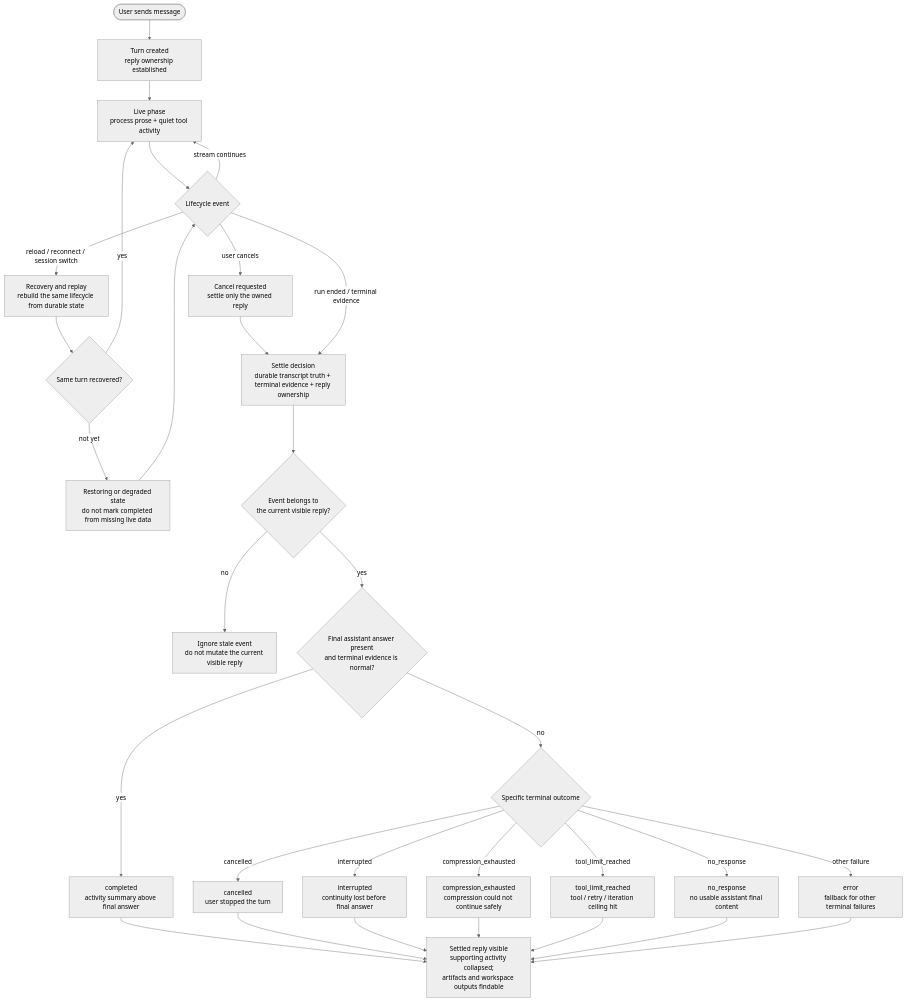
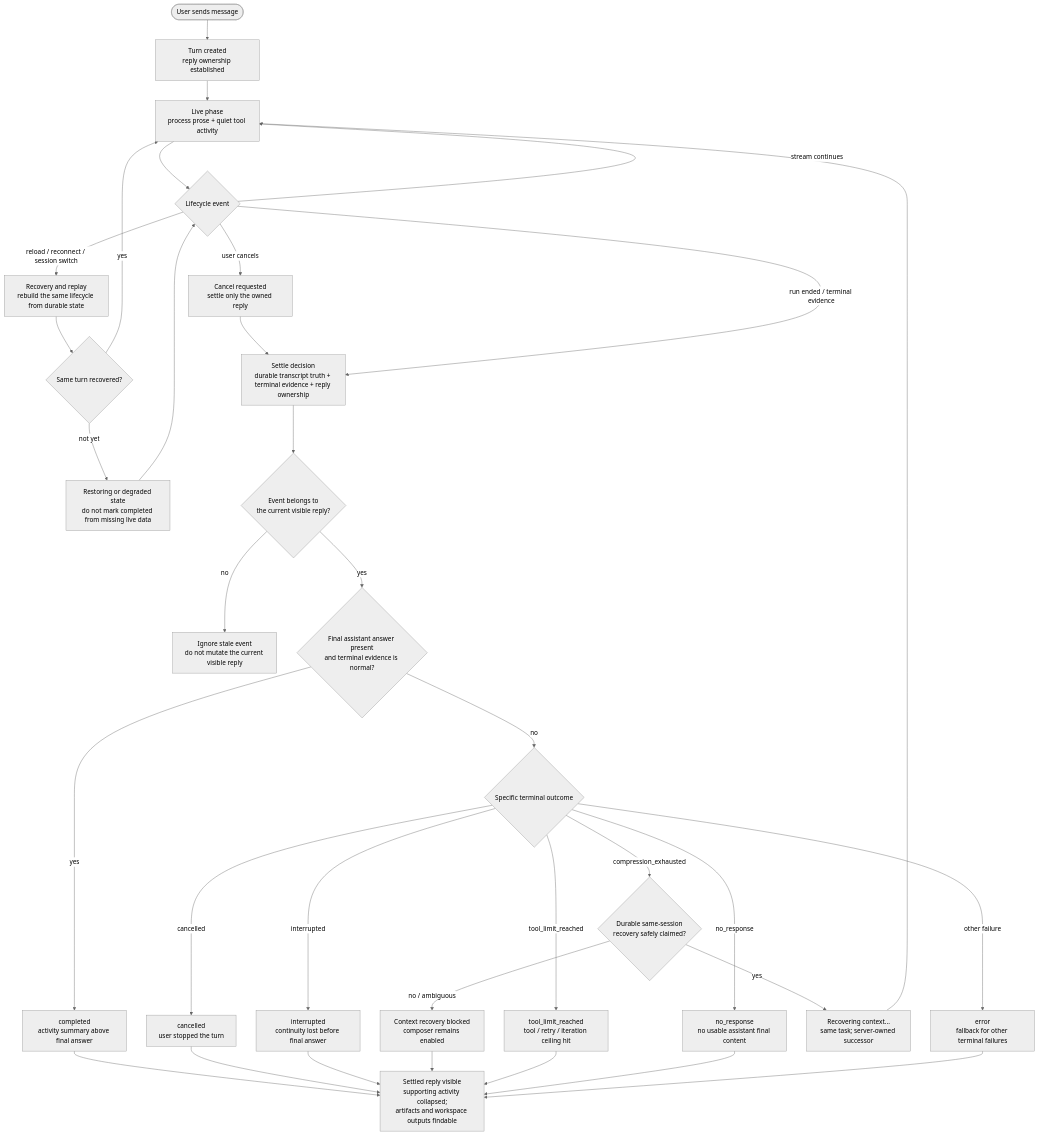
One commit to sebmarion/hermes-webui changed the diagram in docs/rfcs/live-to-final-assistant-replies.md. Above: the diagram before and after it, drawn with Mermaid. The commit also changed other lines of this file and 32 other files, not shown here.

````diff
--- a/docs/rfcs/live-to-final-assistant-replies.md
+++ b/docs/rfcs/live-to-final-assistant-replies.md
@@ -114,39 +114,42 @@
 ```mermaid
 %%{init: {"theme": "neutral"}}%%
 flowchart TD
     A([User sends message]) --> B["Turn created<br/>reply ownership established"]
     B --> C["Live phase<br/>process prose + quiet tool activity"]
     C --> D{Lifecycle event}
 
     D -- stream continues --> C
     D -- reload / reconnect / session switch --> E["Recovery and replay<br/>rebuild the same lifecycle from durable state"]
     E --> F{Same turn recovered?}
     F -- yes --> C
     F -- not yet --> G["Restoring or degraded state<br/>do not mark completed from missing live data"]
     G --> D
 
     D -- user cancels --> H["Cancel requested<br/>settle only the owned reply"]
     H --> I["Settle decision<br/>durable transcript truth + terminal evidence + reply ownership"]
     D -- run ended / terminal evidence --> I
 
     I --> J{Event belongs to<br/>the current visible reply?}
     J -- no --> K["Ignore stale event<br/>do not mutate the current visible reply"]
     J -- yes --> L{Final assistant answer present<br/>and terminal evidence is normal?}
 
     L -- yes --> M["completed<br/>activity summary above final answer"]
     L -- no --> N{Specific terminal outcome}
     N -- cancelled --> O["cancelled<br/>user stopped the turn"]
     N -- interrupted --> P["interrupted<br/>continuity lost before final answer"]
-    N -- compression_exhausted --> Q["compression_exhausted<br/>compression could not continue safely"]
+    N -- compression_exhausted --> Q{"Durable same-session<br/>recovery safely claimed?"}
     N -- tool_limit_reached --> R["tool_limit_reached<br/>tool / retry / iteration ceiling hit"]
     N -- no_response --> S["no_response<br/>no usable assistant final content"]
     N -- other failure --> T["error<br/>fallback for other terminal failures"]
 
     M --> U["Settled reply visible<br/>supporting activity collapsed;<br/>artifacts and workspace outputs findable"]
     O --> U
     P --> U
-    Q --> U
+    Q -- yes --> V["Recovering context...<br/>same task; server-owned successor"]
+    V --> C
+    Q -- no / ambiguous --> W["Context recovery blocked<br/>composer remains enabled"]
+    W --> U
     R --> U
     S --> U
     T --> U
 ```
````
